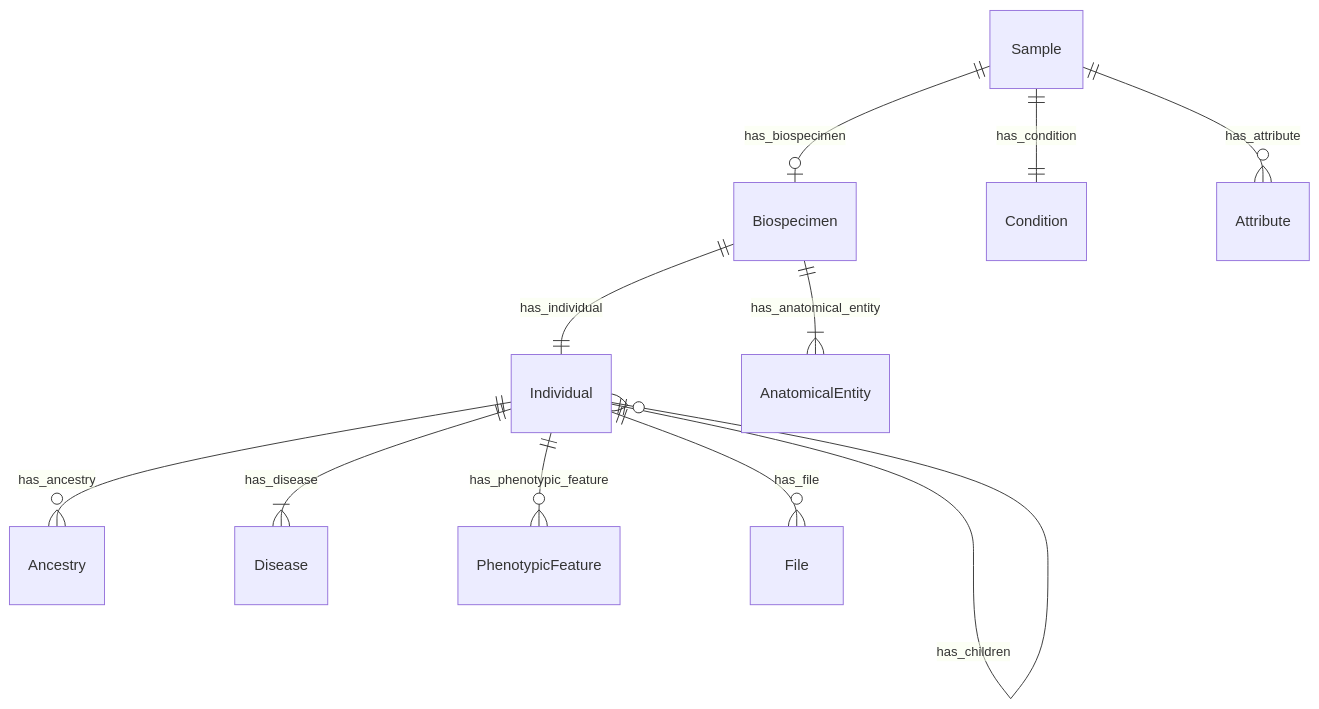
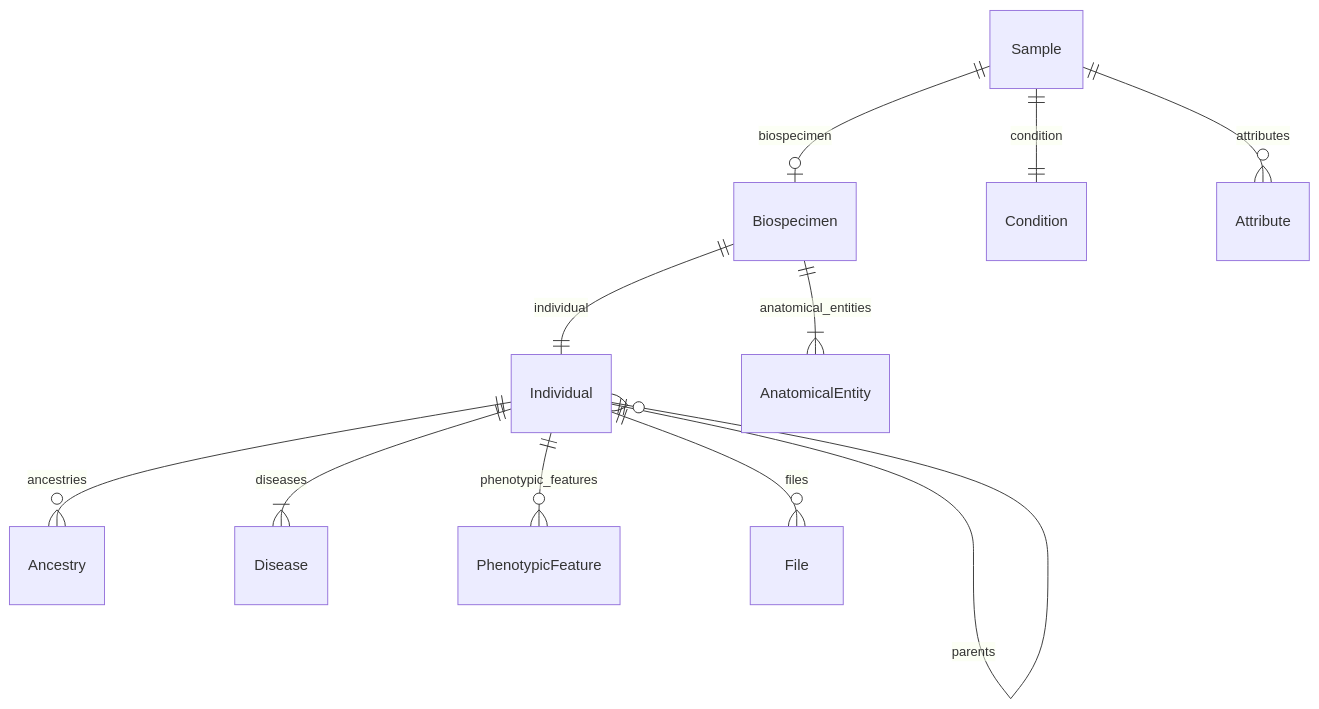
Before and after one commit to ghga-de/ghga-metadata-schema: the second of 7 diagrams in docs/entity_relations.md, drawn with Mermaid. The commit also changed other lines of this file and 208 other files, not shown here.

````diff
--- a/docs/entity_relations.md
+++ b/docs/entity_relations.md
@@ -146,25 +141,24 @@
 ```mermaid
 erDiagram
 Individual {
 
 }
 Biospecimen {
 
 }
 Sample {
 
 }
 
-Individual ||--}o Ancestry : "has_ancestry"
-Individual ||--}o Individual : "has_parent"
-Individual ||--}o Individual : "has_children"
-Individual ||--}| Disease : "has_disease"
-Individual ||--}o PhenotypicFeature : "has_phenotypic_feature"
-Individual ||--}o File : "has_file"
-Biospecimen ||--|| Individual : "has_individual"
-Biospecimen ||--}| AnatomicalEntity : "has_anatomical_entity"
-Sample ||--|o Biospecimen : "has_biospecimen"
-Sample ||--|| Condition : "has_condition"
-Sample ||--}o Attribute : "has_attribute"
+Individual ||--}o Ancestry : "ancestries"
+Individual ||--}o Individual : "parents"
+Individual ||--}| Disease : "diseases"
+Individual ||--}o PhenotypicFeature : "phenotypic_features"
+Individual ||--}o File : "files"
+Biospecimen ||--|| Individual : "individual"
+Biospecimen ||--}| AnatomicalEntity : "anatomical_entities"
+Sample ||--|o Biospecimen : "biospecimen"
+Sample ||--|| Condition : "condition"
+Sample ||--}o Attribute : "attributes"
 
 ```
````
